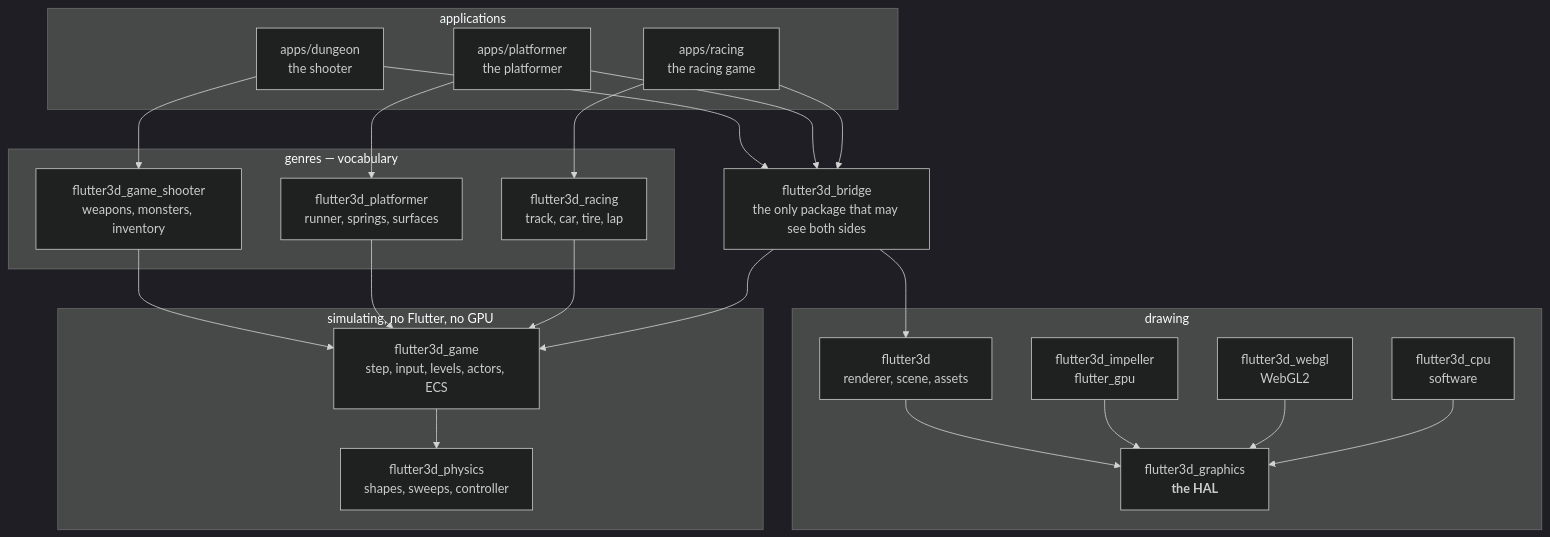
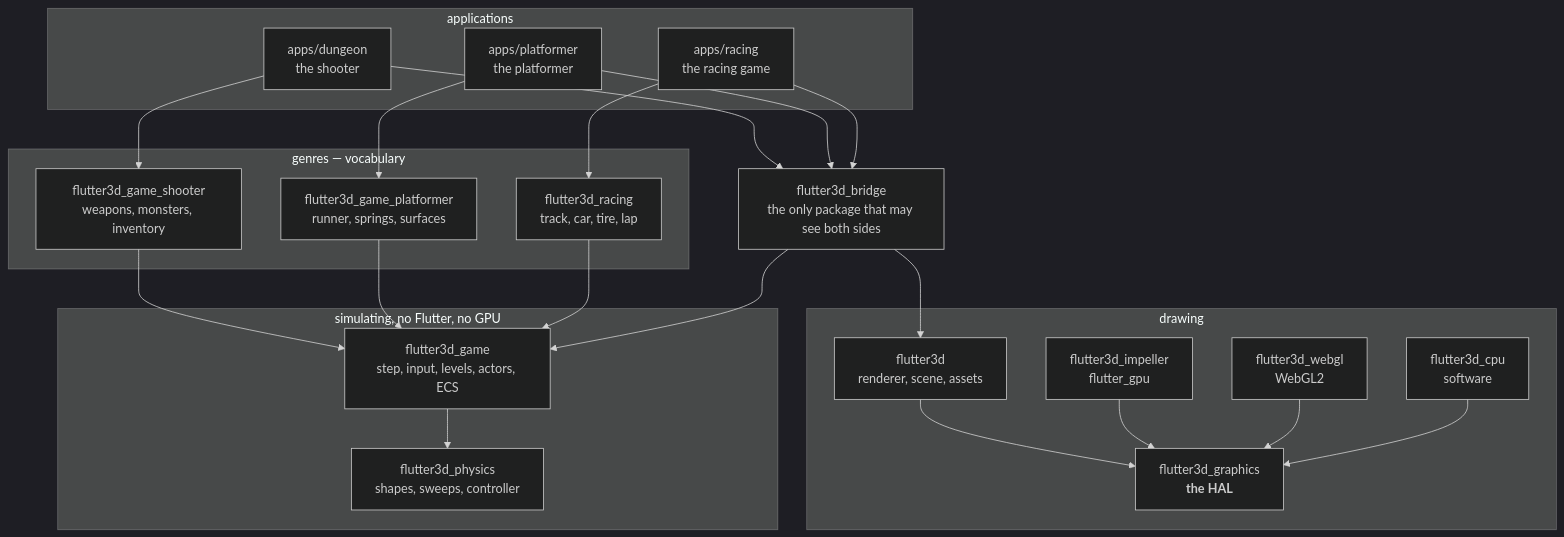
The diagram in site/content/index.md (pleiondev/flutter3d), drawn with Mermaid (dark theme) before and after one commit. The commit also changed 75 other files, not shown here.

First line of the commit message:
flutter3d_platformer is flutter3d_game_platformer

````diff
--- a/site/content/index.md
+++ b/site/content/index.md
@@ -76,42 +76,42 @@
 ```mermaid
 flowchart TB
   subgraph app["applications"]
     dungeon["apps/dungeon<br>the shooter"]
     platformer["apps/platformer<br>the platformer"]
     racing["apps/racing<br>the racing game"]
   end
 
   subgraph genre["genres — vocabulary"]
     shooter["flutter3d_game_shooter<br>weapons, monsters, inventory"]
-    plat["flutter3d_platformer<br>runner, springs, surfaces"]
+    plat["flutter3d_game_platformer<br>runner, springs, surfaces"]
     race["flutter3d_racing<br>track, car, tire, lap"]
   end
 
   bridge["flutter3d_bridge<br>the only package that may see both sides"]
 
   subgraph draw["drawing"]
     f3d["flutter3d<br>renderer, scene, assets"]
     gfx["flutter3d_graphics<br><b>the HAL</b>"]
     impeller["flutter3d_impeller<br>flutter_gpu"]
     webgl["flutter3d_webgl<br>WebGL2"]
     cpu["flutter3d_cpu<br>software"]
   end
 
   subgraph sim["simulating, no Flutter, no GPU"]
     game["flutter3d_game<br>step, input, levels, actors, ECS"]
     physics["flutter3d_physics<br>shapes, sweeps, controller"]
   end
 
   dungeon --> shooter & bridge
   platformer --> plat & bridge
   racing --> race & bridge
   shooter --> game
   plat --> game
   race --> game
   bridge --> f3d & game
   f3d --> gfx
   impeller --> gfx
   webgl --> gfx
   cpu --> gfx
   game --> physics
 ```
````
